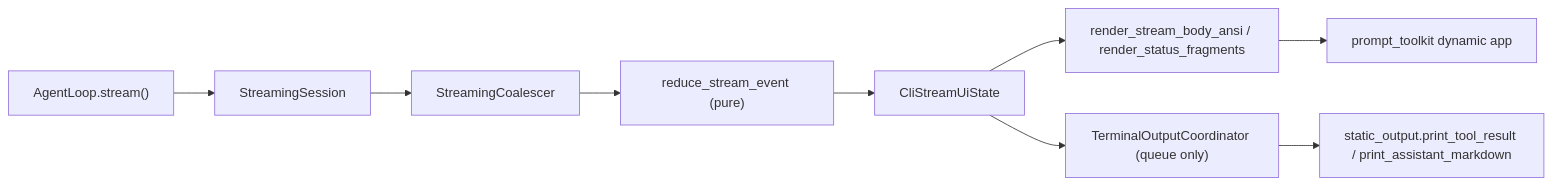
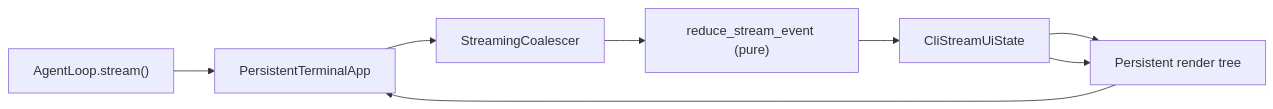
The first of 2 diagrams in docs/design-docs/cli-architecture.md (user0452/Nervure), drawn with Mermaid before and after one commit. The commit also changed other lines of this file and 819 other files, not shown here.

````diff
--- a/docs/design-docs/cli-architecture.md
+++ b/docs/design-docs/cli-architecture.md
@@ -83,11 +97,10 @@
 ```mermaid
 flowchart LR
-  Loop["AgentLoop.stream()"] --> Session["StreamingSession"]
-  Session --> Coalescer["StreamingCoalescer"]
+  Loop["AgentLoop.stream()"] --> App["PersistentTerminalApp"]
+  App --> Coalescer["StreamingCoalescer"]
   Coalescer --> Reducer["reduce_stream_event (pure)"]
   Reducer --> State["CliStreamUiState"]
   State --> View["render_stream_body_ansi / render_status_fragments"]
-  State --> Coord["TerminalOutputCoordinator (queue only)"]
-  Coord --> Static["static_output.print_tool_result / print_assistant_markdown"]
-  View --> App["prompt_toolkit dynamic app"]
+  State --> View["Persistent render tree"]
+  View --> App
 ```
````
